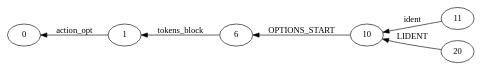
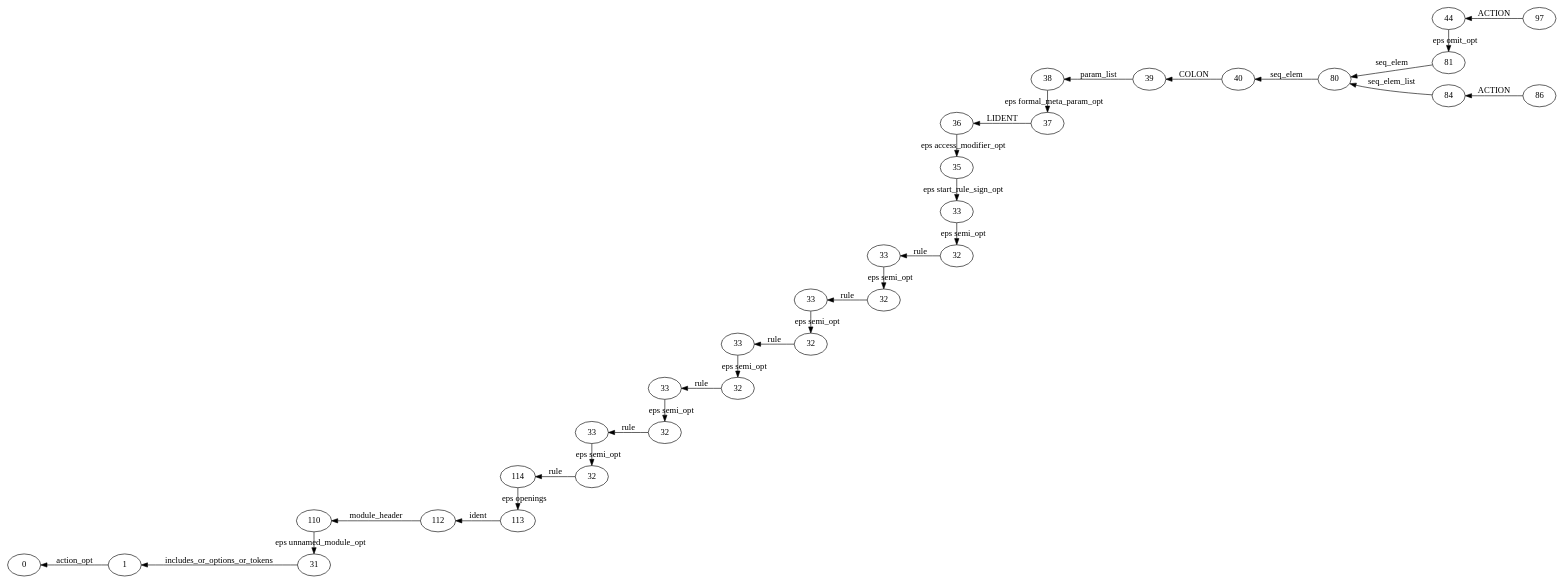
Before and after one commit to auduchinok/QuickGraph: the diagram in src/DotParser/res.dot, drawn with Graphviz. The commit also changed 3 other files, not shown here.

```diff
--- a/src/DotParser/res.dot
+++ b/src/DotParser/res.dot
@@ -1,19 +1,81 @@
 digraph GSS {
     rankdir=RL
-    0 [label="11"]
-    1 [label="10"]
-    2 [label="6"]
-    3 [label="1"]
-    4 [label="0"]
-    3 -> 4 [label="action_opt"]
-    2 -> 3 [label="tokens_block"]
-    1 -> 2 [label="OPTIONS_START"]
-    0 -> 1 [label="ident"]
-    5 [label="20"]
-    5 -> 1 [label="LIDENT"]
-    {rank=same; 5 0}
-    {rank=same; 1}
-    {rank=same; 2}
+    0 [label="97"]
+    1 [label="44"]
+    2 [label="81"]
+    3 [label="80"]
+    4 [label="40"]
+    5 [label="39"]
+    6 [label="38"]
+    7 [label="37"]
+    8 [label="36"]
+    9 [label="35"]
+    10 [label="33"]
+    11 [label="32"]
+    12 [label="33"]
+    13 [label="32"]
+    14 [label="33"]
+    15 [label="32"]
+    16 [label="33"]
+    17 [label="32"]
+    18 [label="33"]
+    19 [label="32"]
+    20 [label="33"]
+    21 [label="32"]
+    22 [label="114"]
+    23 [label="113"]
+    24 [label="112"]
+    25 [label="110"]
+    26 [label="31"]
+    27 [label="1"]
+    28 [label="0"]
+    27 -> 28 [label="action_opt"]
+    26 -> 27 [label="includes_or_options_or_tokens"]
+    25 -> 26 [label="eps unnamed_module_opt"]
+    24 -> 25 [label="module_header"]
+    23 -> 24 [label="ident"]
+    22 -> 23 [label="eps openings"]
+    21 -> 22 [label="rule"]
+    20 -> 21 [label="eps semi_opt"]
+    19 -> 20 [label="rule"]
+    18 -> 19 [label="eps semi_opt"]
+    17 -> 18 [label="rule"]
+    16 -> 17 [label="eps semi_opt"]
+    15 -> 16 [label="rule"]
+    14 -> 15 [label="eps semi_opt"]
+    13 -> 14 [label="rule"]
+    12 -> 13 [label="eps semi_opt"]
+    11 -> 12 [label="rule"]
+    10 -> 11 [label="eps semi_opt"]
+    9 -> 10 [label="eps start_rule_sign_opt"]
+    8 -> 9 [label="eps access_modifier_opt"]
+    7 -> 8 [label="LIDENT"]
+    6 -> 7 [label="eps formal_meta_param_opt"]
+    5 -> 6 [label="param_list"]
+    4 -> 5 [label="COLON"]
+    3 -> 4 [label="seq_elem"]
+    2 -> 3 [label="seq_elem"]
+    1 -> 2 [label="eps omit_opt"]
+    0 -> 1 [label="ACTION"]
+    29 [label="86"]
+    30 [label="84"]
+    30 -> 3 [label="seq_elem_list"]
+    29 -> 30 [label="ACTION"]
+    {rank=same; 29 0}
+    {rank=same; 30 2 1}
     {rank=same; 3}
     {rank=same; 4}
+    {rank=same; 5}
+    {rank=same; 7 6}
+    {rank=same; 11 10 9 8}
+    {rank=same; 13 12}
+    {rank=same; 15 14}
+    {rank=same; 17 16}
+    {rank=same; 19 18}
+    {rank=same; 21 20}
+    {rank=same; 23 22}
+    {rank=same; 24}
+    {rank=same; 26 25}
+    {rank=same; 27}
+    {rank=same; 28}
 }
```
